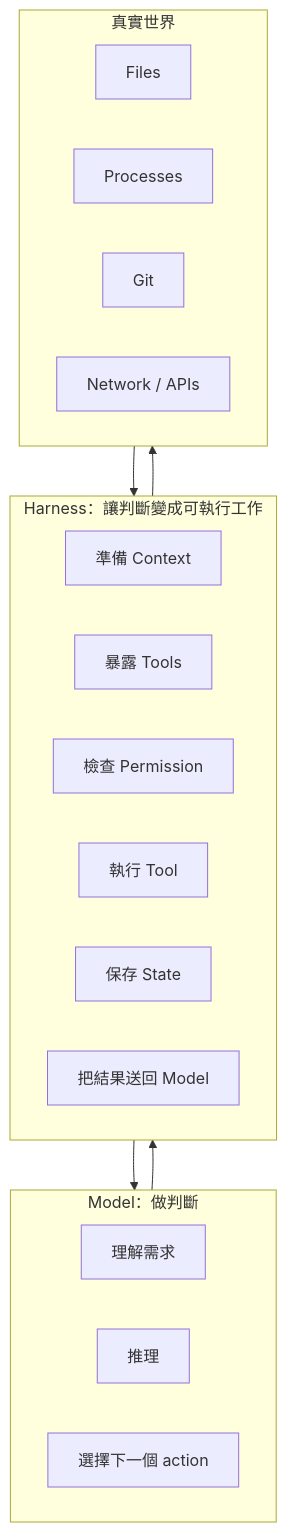
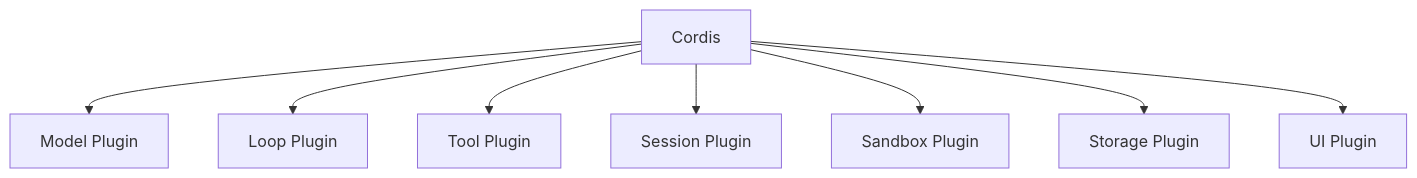
Before and after one commit to indigofeather/harness-book: the fifth of 6 diagrams in docs/learning-map.md, drawn with Mermaid. The commit also changed other lines of this file, not shown here.

````diff
--- a/docs/learning-map.md
+++ b/docs/learning-map.md
@@ -88,29 +150,11 @@
 ```mermaid
 flowchart TB
-  subgraph Model[Model：做判斷]
-    M1[理解需求]
-    M2[推理]
-    M3[選擇下一個 action]
-  end
-
-  subgraph Harness[Harness：讓判斷變成可執行工作]
-    H1[準備 Context]
-    H2[暴露 Tools]
-    H3[檢查 Permission]
-    H4[執行 Tool]
-    H5[保存 State]
-    H6[把結果送回 Model]
-  end
-
-  subgraph World[真實世界]
-    W1[Files]
-    W2[Processes]
-    W3[Git]
-    W4[Network / APIs]
-  end
-
-  Model --> Harness
-  Harness --> World
-  World --> Harness
-  Harness --> Model
+  K[Cordis]
+  K --> M[Model Plugin]
+  K --> L[Loop Plugin]
+  K --> T[Tool Plugin]
+  K --> S[Session Plugin]
+  K --> SB[Sandbox Plugin]
+  K --> ST[Storage Plugin]
+  K --> UI[UI Plugin]
 ```
````
